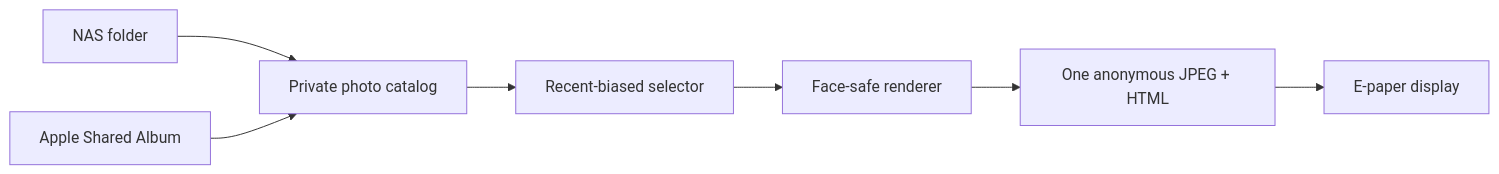
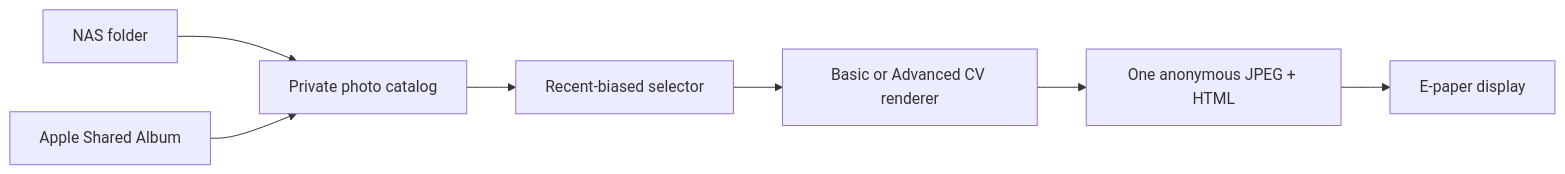
Before and after one commit to rohanpandula/framefeed: the diagram in README.md, drawn with Mermaid. The commit also changed other lines of this file and 16 other files, not shown here.

````diff
--- a/README.md
+++ b/README.md
@@ -40,9 +41,9 @@
 ```mermaid
 flowchart LR
     A["NAS folder"] --> C["Private photo catalog"]
     B["Apple Shared Album"] --> C
     C --> D["Recent-biased selector"]
-    D --> E["Face-safe renderer"]
+    D --> E["Basic or Advanced CV renderer"]
     E --> F["One anonymous JPEG + HTML"]
     F --> G["E-paper display"]
 ```
````
